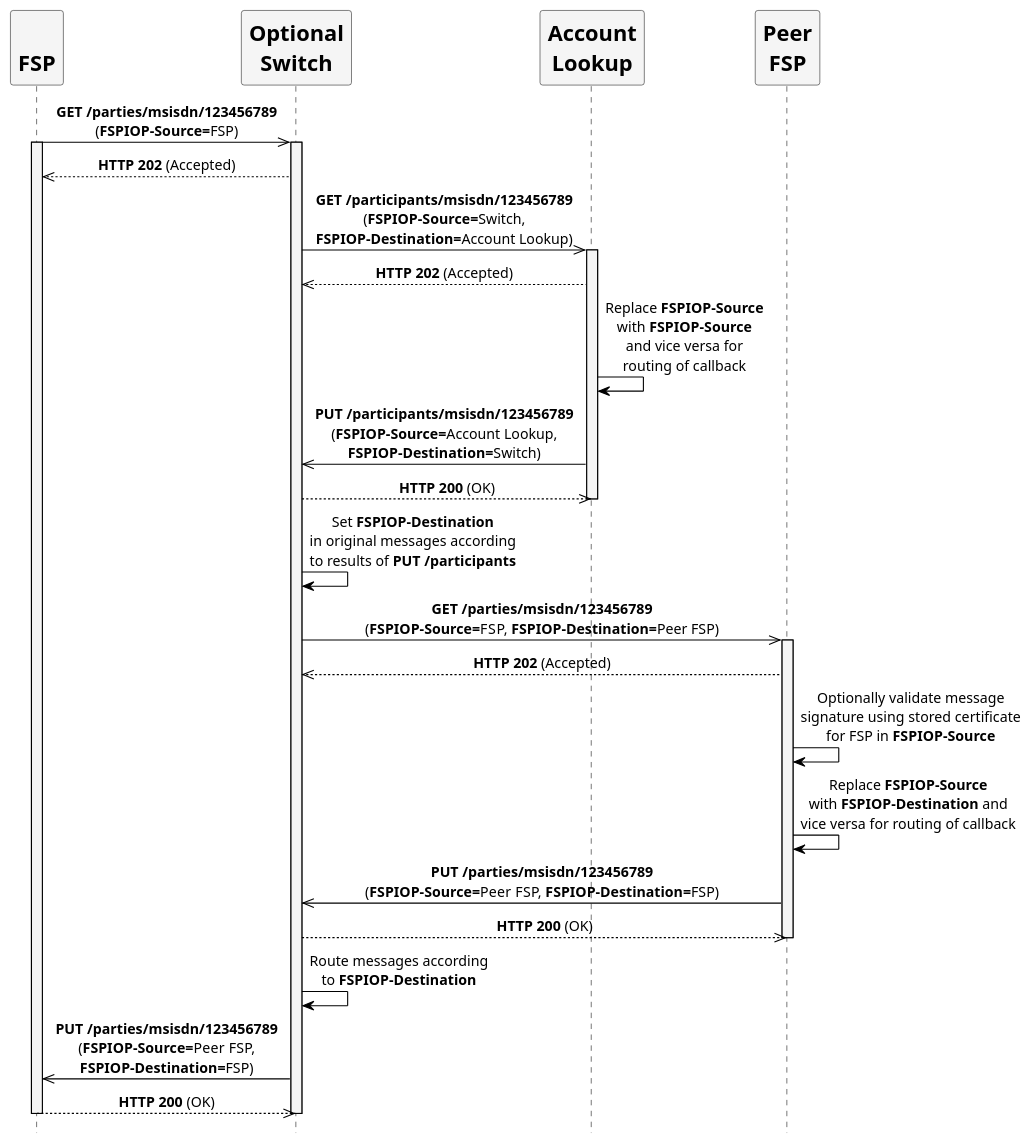
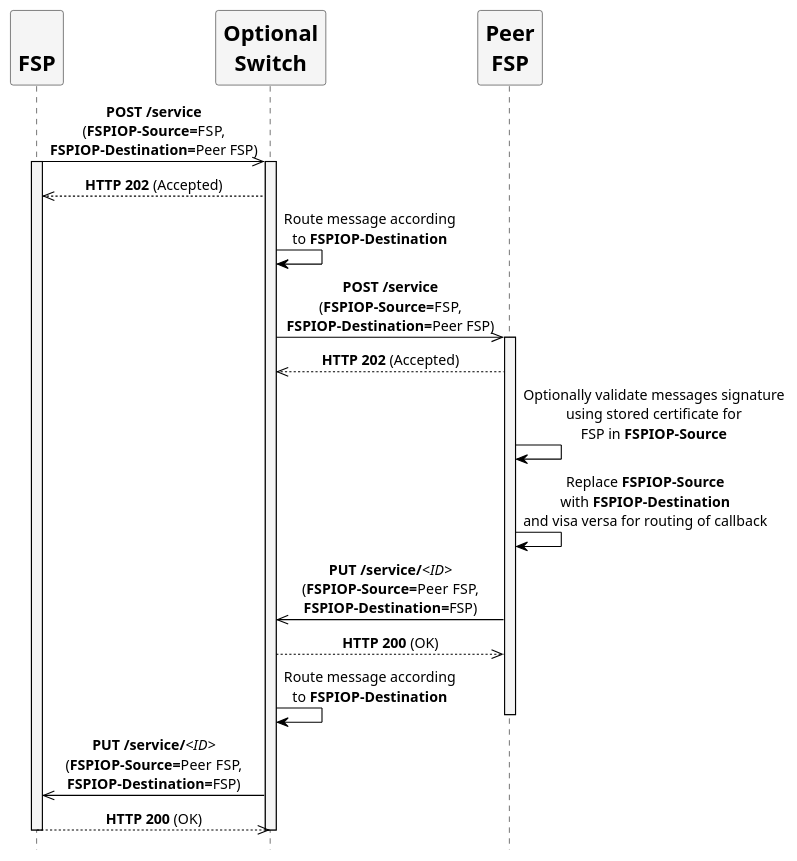
The diagram in assets/diagrams/sequence/figure5.plantuml (mojaloop/mojaloop-specification), drawn with PlantUML before and after one commit. The commit also changed 92 other files, not shown here.

```diff
--- a/assets/diagrams/sequence/figure5.plantuml
+++ b/assets/diagrams/sequence/figure5.plantuml
@@ -24,54 +24,46 @@
 @startuml
 ' declaring skinparam
 skinparam sequenceMessageAlign center
 skinparam shadowing false
 skinparam defaultFontName Verdana
 skinparam monochrome true
 skinparam SequenceLifeLineBackgroundColor WhiteSmoke
 skinparam SequenceLifeLineBorderColor Black
 skinparam ParticipantFontStyle Bold
 skinparam ParticipantFontSize 20
 skinparam ParticipantBackgroundColor WhiteSmoke
 skinparam ArrowColor Black
 
 hide footbox
 
 ' declare title
-' title Example scenario where FSPIOP-Destination is unknown by FSP
+' title Using the customized HTTP header fields FSPIOP-Destination and FSPIOP-Source
 
 ' Actor Keys:
-' participant - FSP, Peer FSP, Optional Switch and Account Lookup
+' participant - FSP, Peer FSP and Optional Switch
 
 ' declare actors
 participant "\nFSP" as FSP
 participant "Optional\nSwitch" as Switch
-participant "Account\nLookup" as ALS
 participant "Peer\nFSP" as PEERFSP
 
 ' start flow
-FSP ->> Switch: **GET /parties/msisdn/123456789**\n(**FSPIOP-Source=**FSP)
+FSP ->> Switch: **POST /service**\n(**FSPIOP-Source=**FSP,\n**FSPIOP-Destination=**Peer FSP)
 activate FSP
 activate Switch
 FSP <<-- Switch: **HTTP 202** (Accepted)
-Switch ->> ALS: **GET /participants/msisdn/123456789**\n(**FSPIOP-Source=**Switch,\n**FSPIOP-Destination=**Account Lookup)
-activate ALS
-Switch <<-- ALS: **HTTP 202** (Accepted)
-ALS -> ALS: Replace **FSPIOP-Source**\nwith **FSPIOP-Source**\nand vice versa for\nrouting of callback
-Switch <<- ALS: **PUT /participants/msisdn/123456789**\n(**FSPIOP-Source=**Account Lookup,\n**FSPIOP-Destination=**Switch)
-Switch -->> ALS: **HTTP 200** (OK)
-deactivate ALS
-Switch -> Switch: Set **FSPIOP-Destination**\nin original messages according\nto results of **PUT /participants**
-Switch ->> PEERFSP: **GET /parties/msisdn/123456789**\n(**FSPIOP-Source=**FSP, **FSPIOP-Destination=**Peer FSP)
+Switch -> Switch: Route message according\nto **FSPIOP-Destination**
+Switch ->> PEERFSP: **POST /service**\n(**FSPIOP-Source=**FSP,\n**FSPIOP-Destination=**Peer FSP)
 activate PEERFSP
 Switch <<-- PEERFSP: **HTTP 202** (Accepted)
-PEERFSP -> PEERFSP: Optionally validate message\nsignature using stored certificate\nfor FSP in **FSPIOP-Source**
-PEERFSP -> PEERFSP: Replace **FSPIOP-Source**\nwith **FSPIOP-Destination** and\nvice versa for routing of callback
-Switch <<- PEERFSP: **PUT /parties/msisdn/123456789**\n(**FSPIOP-Source=**Peer FSP, **FSPIOP-Destination=**FSP)
+PEERFSP -> PEERFSP: Optionally validate messages signature\nusing stored certificate for\nFSP in **FSPIOP-Source**
+PEERFSP -> PEERFSP: Replace **FSPIOP-Source**\nwith **FSPIOP-Destination**\nand visa versa for routing of callback
+Switch <<- PEERFSP: **PUT /service/**//<ID>//\n(**FSPIOP-Source=**Peer FSP,\n**FSPIOP-Destination=**FSP)
 Switch -->> PEERFSP: **HTTP 200** (OK)
+Switch -> Switch: Route message according\nto **FSPIOP-Destination**
 deactivate PEERFSP
-Switch -> Switch: Route messages according\nto **FSPIOP-Destination**
-FSP <<- Switch: **PUT /parties/msisdn/123456789**\n(**FSPIOP-Source=**Peer FSP,\n**FSPIOP-Destination=**FSP)
+FSP <<- Switch: **PUT /service/**//<ID>//\n(**FSPIOP-Source=**Peer FSP,\n**FSPIOP-Destination=**FSP)
 FSP -->> Switch: **HTTP 200** (OK)
 deactivate Switch
 deactivate FSP
 @enduml
```
